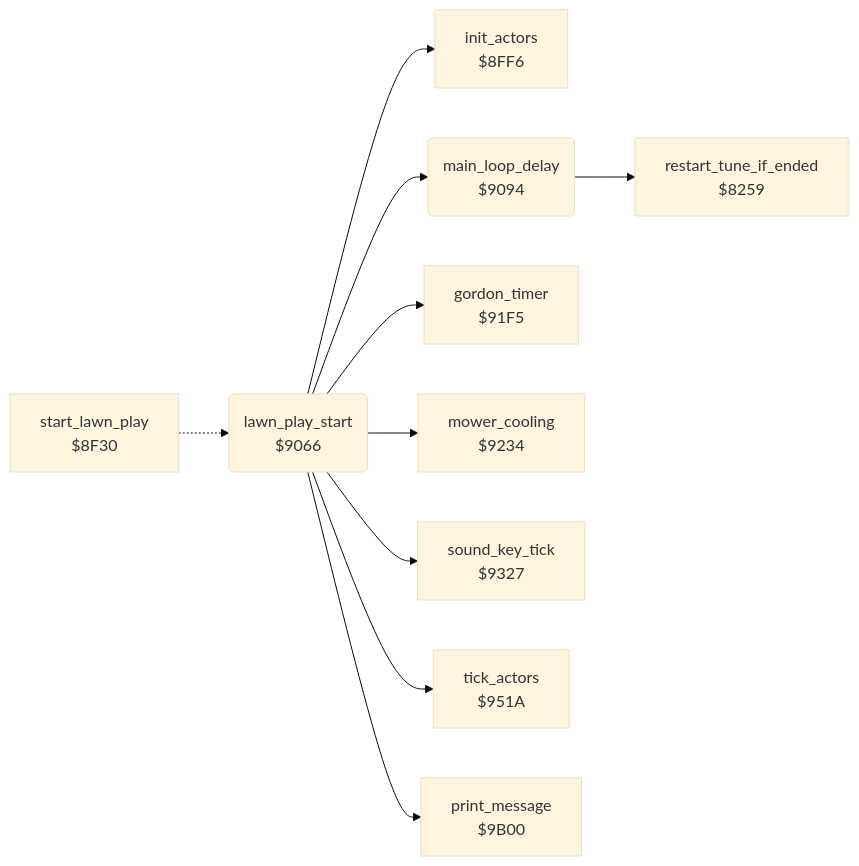
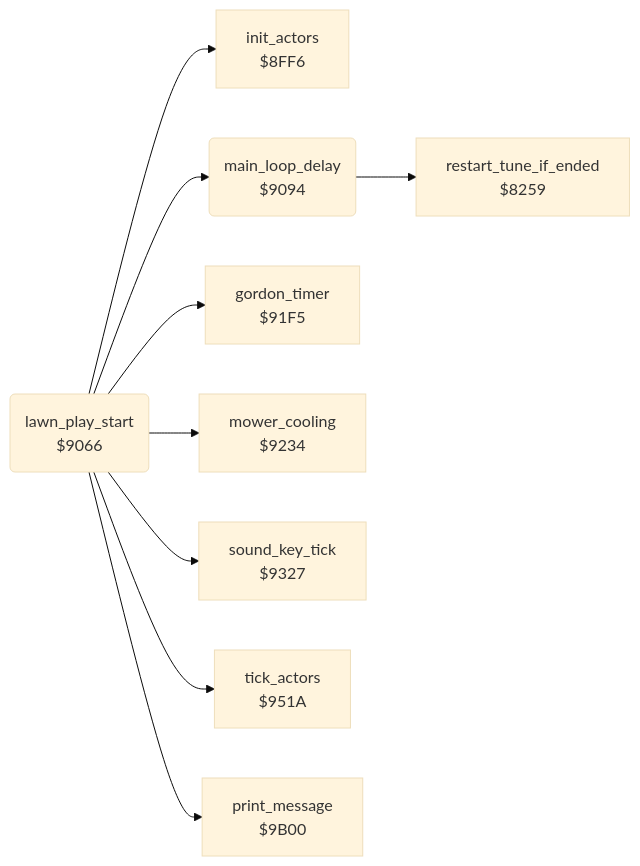
The diagram in hover_bovver/docs/reference/modules/game/main_loop.md (henols/c64_games), drawn with Mermaid (base theme) before and after one commit. The commit also changed other lines of this file and 1100 other files, not shown here.

````diff
--- a/hover_bovver/docs/reference/modules/game/main_loop.md
+++ b/hover_bovver/docs/reference/modules/game/main_loop.md
@@ -10,22 +17,20 @@
 ```mermaid
 flowchart LR
   n8259["restart_tune_if_ended<br/>$8259"]
-  n8f30["start_lawn_play<br/>$8F30"]
   n8ff6["init_actors<br/>$8FF6"]
   n9066("lawn_play_start<br/>$9066")
   n9094("main_loop_delay<br/>$9094")
   n91f5["gordon_timer<br/>$91F5"]
   n9234["mower_cooling<br/>$9234"]
   n9327["sound_key_tick<br/>$9327"]
   n951a["tick_actors<br/>$951A"]
   n9b00["print_message<br/>$9B00"]
-  n8f30 -.-> n9066
   n9066 --> n8ff6
   n9066 --> n9094
   n9066 --> n91f5
   n9066 --> n9234
   n9066 --> n9327
   n9066 --> n951a
   n9066 --> n9b00
   n9094 --> n8259
 ```
````
